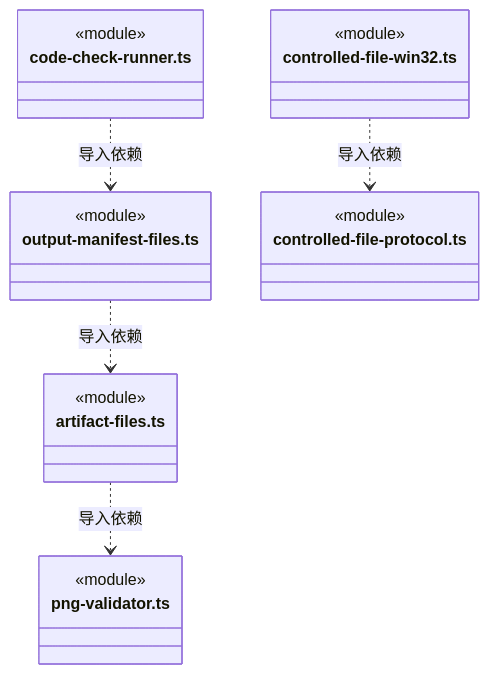
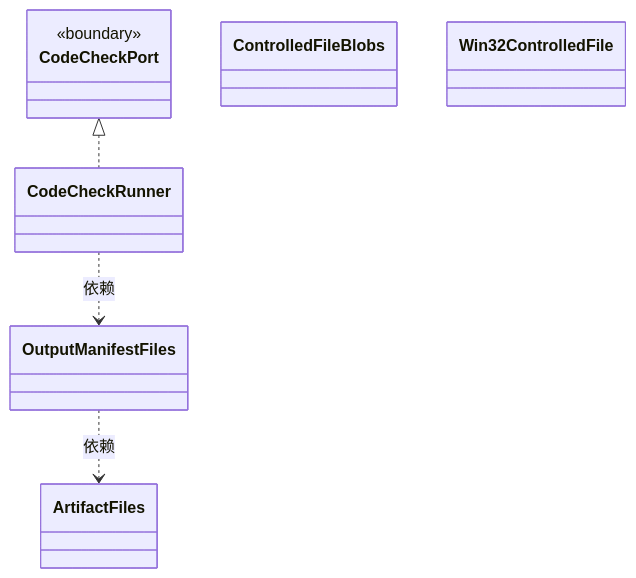
The first of 2 diagrams in src/logic/file-operations/platform/files/ARCHITECTURE.md (nan023062/cbim), drawn with Mermaid before and after one commit. The commit also changed other lines of this file and 158 other files, not shown here.

Commit message:
docs: model architecture through nested virtual encapsulations

````diff
--- a/src/logic/file-operations/platform/files/ARCHITECTURE.md
+++ b/src/logic/file-operations/platform/files/ARCHITECTURE.md
@@ -367,25 +24,20 @@
 ```mermaid
 classDiagram
-class N_src_logic_file_operations_platform_files_artifact_files_ts["artifact-files.ts"] {
-  <<module>>
+class N_306c630775fa["CodeCheckRunner"]
+click N_306c630775fa href "code-check-runner.ts"
+class N_940140784738["OutputManifestFiles"]
+click N_940140784738 href "output-manifest-files.ts"
+class N_1190764b56b3["CodeCheckPort"] {
+  <<boundary>>
 }
-class N_src_logic_file_operations_platform_files_png_validator_ts["png-validator.ts"] {
-  <<module>>
-}
-class N_src_logic_file_operations_platform_files_code_check_runner_ts["code-check-runner.ts"] {
-  <<module>>
-}
-class N_src_logic_file_operations_platform_files_output_manifest_files_ts["output-manifest-files.ts"] {
-  <<module>>
-}
-class N_src_logic_file_operations_platform_files_controlled_file_win32_ts["controlled-file-win32.ts"] {
-  <<module>>
-}
-class N_src_logic_file_operations_platform_files_controlled_file_protocol_ts["controlled-file-protocol.ts"] {
-  <<module>>
-}
-N_src_logic_file_operations_platform_files_artifact_files_ts ..> N_src_logic_file_operations_platform_files_png_validator_ts : 导入依赖
-N_src_logic_file_operations_platform_files_code_check_runner_ts ..> N_src_logic_file_operations_platform_files_output_manifest_files_ts : 导入依赖
-N_src_logic_file_operations_platform_files_controlled_file_win32_ts ..> N_src_logic_file_operations_platform_files_controlled_file_protocol_ts : 导入依赖
-N_src_logic_file_operations_platform_files_output_manifest_files_ts ..> N_src_logic_file_operations_platform_files_artifact_files_ts : 导入依赖
+click N_1190764b56b3 href "../../../evidence/rules/code-check.ts"
+class N_5ea4492a8254["ArtifactFiles"]
+click N_5ea4492a8254 href "artifact-files.ts"
+class N_225a077cc93c["ControlledFileBlobs"]
+click N_225a077cc93c href "controlled-file-blobs.ts"
+class N_cf841b9396a1["Win32ControlledFile"]
+click N_cf841b9396a1 href "controlled-file-win32.ts"
+N_306c630775fa ..> N_940140784738 : 依赖
+N_1190764b56b3 <|.. N_306c630775fa
+N_940140784738 ..> N_5ea4492a8254 : 依赖
 ```
````
